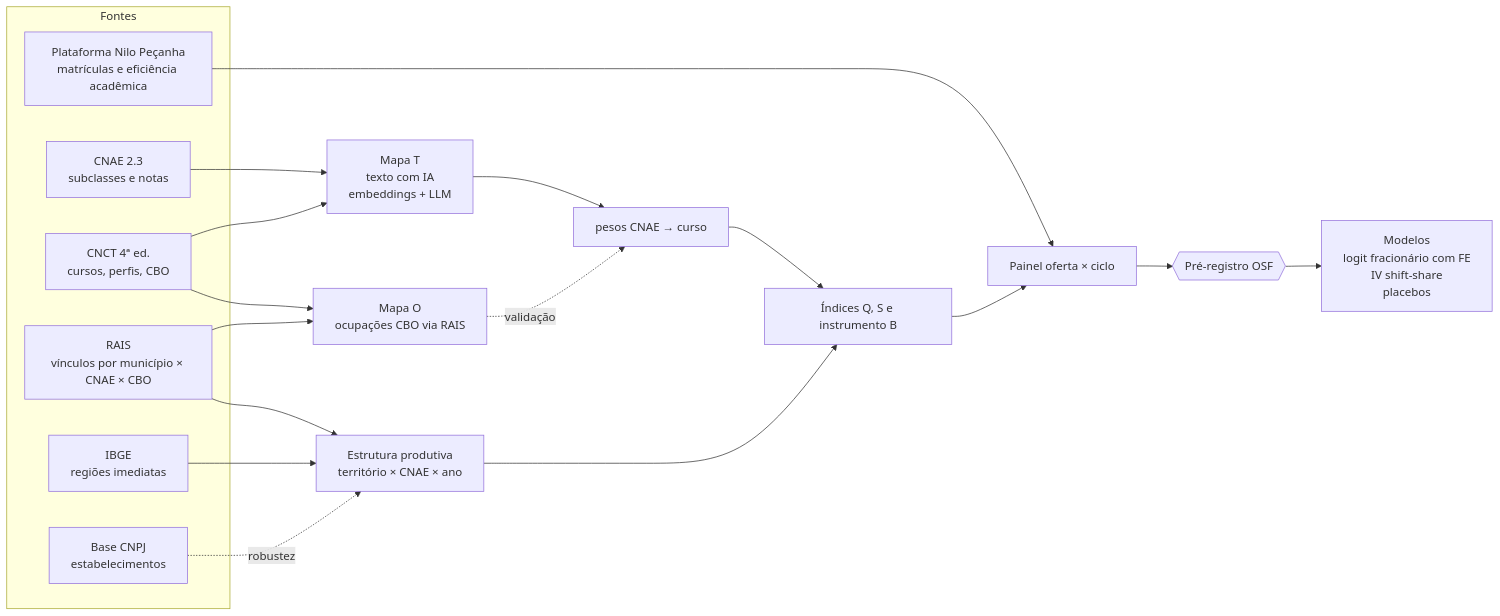
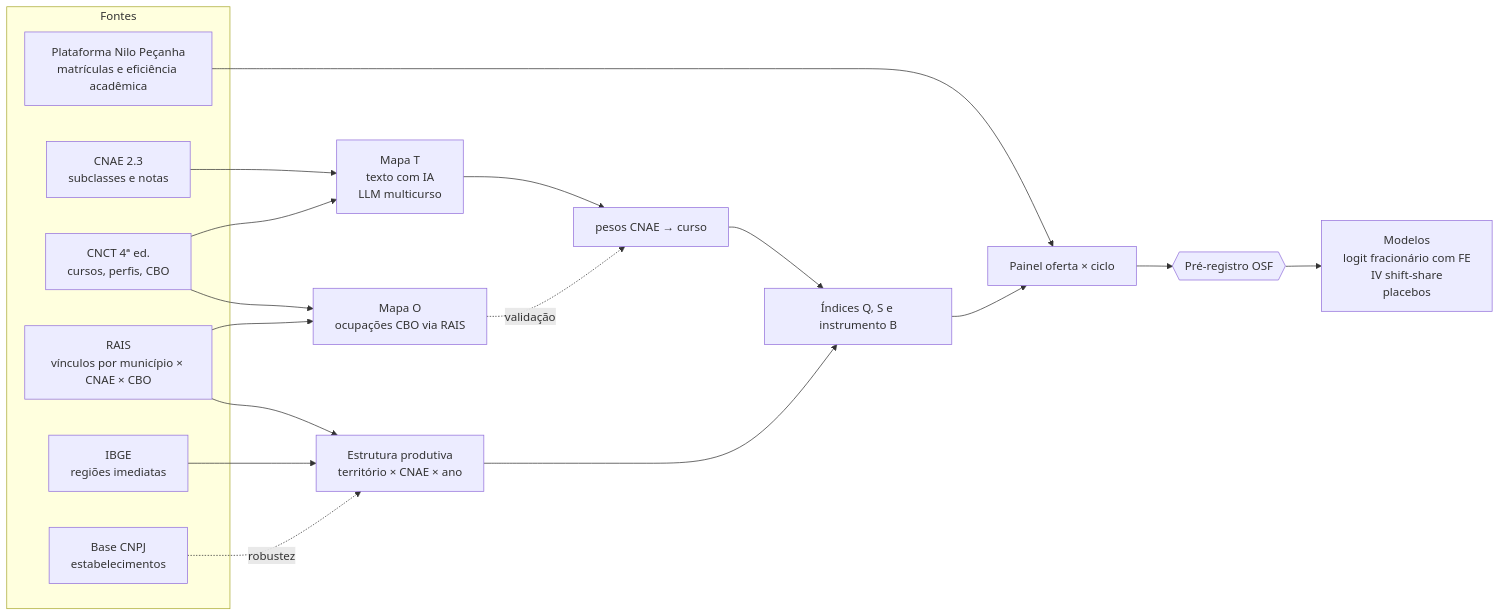
One commit to brunokobi/tcc_ept changed the diagram in README.md. Above: the diagram before and after it, drawn with Mermaid. The commit also changed other lines of this file and 5 other files, not shown here.

````diff
--- a/README.md
+++ b/README.md
@@ -69,30 +71,30 @@
 ```mermaid
 flowchart LR
     subgraph Fontes
         RAIS[RAIS<br/>vínculos por município × CNAE × CBO]
         CNPJ[Base CNPJ<br/>estabelecimentos]
         PNP[Plataforma Nilo Peçanha<br/>matrículas e eficiência acadêmica]
         CNCT[CNCT 4ª ed.<br/>cursos, perfis, CBO]
         CNAE[CNAE 2.3<br/>subclasses e notas]
         IBGE[IBGE<br/>regiões imediatas]
     end
 
-    CNAE --> T[Mapa T<br/>texto com IA<br/>embeddings + LLM]
+    CNAE --> T[Mapa T<br/>texto com IA<br/>LLM multicurso]
     CNCT --> T
     CNCT --> O[Mapa O<br/>ocupações CBO via RAIS]
     RAIS --> O
     T --> W[pesos CNAE → curso]
     O -. validação .-> W
 
     RAIS --> EST[Estrutura produtiva<br/>território × CNAE × ano]
     IBGE --> EST
     CNPJ -. robustez .-> EST
 
     W --> IDX[Índices Q, S e instrumento B]
     EST --> IDX
     PNP --> PAINEL[Painel oferta × ciclo]
     IDX --> PAINEL
 
     PAINEL --> PRE{{Pré-registro OSF}}
     PRE --> MOD[Modelos<br/>logit fracionário com FE<br/>IV shift-share<br/>placebos]
 ```
````
